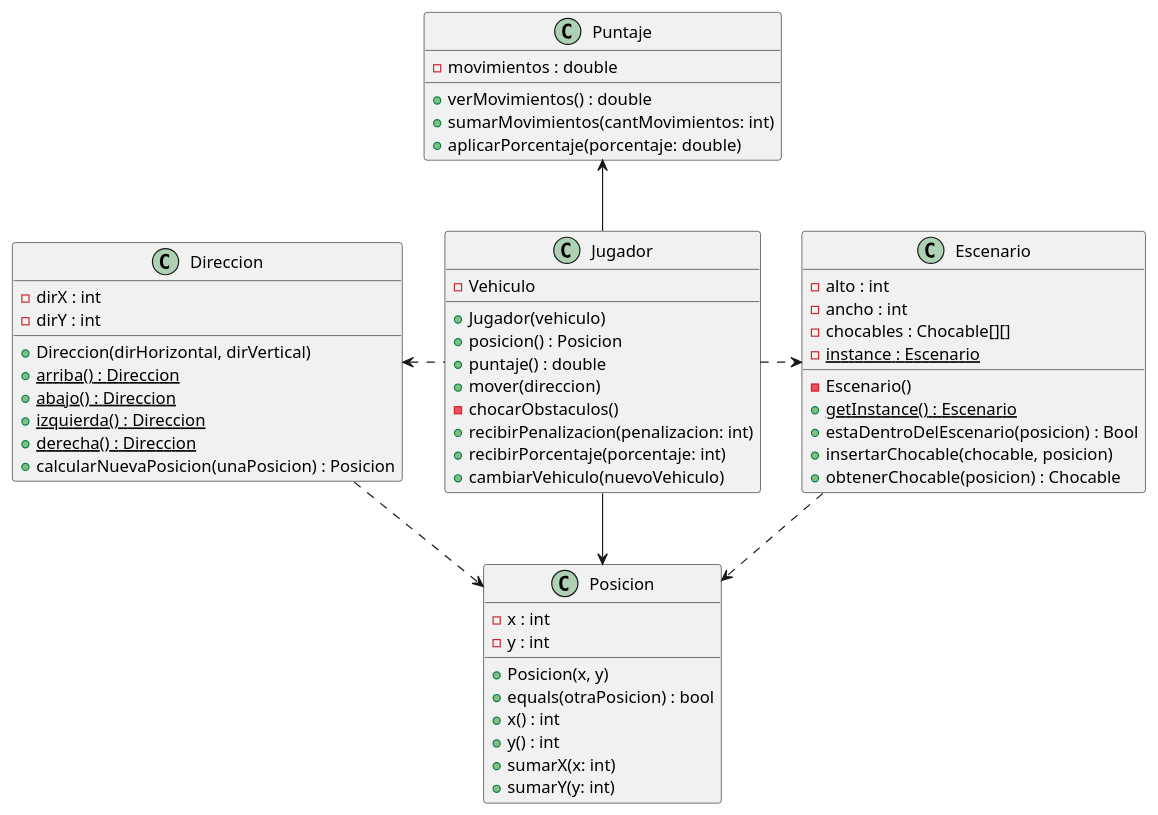
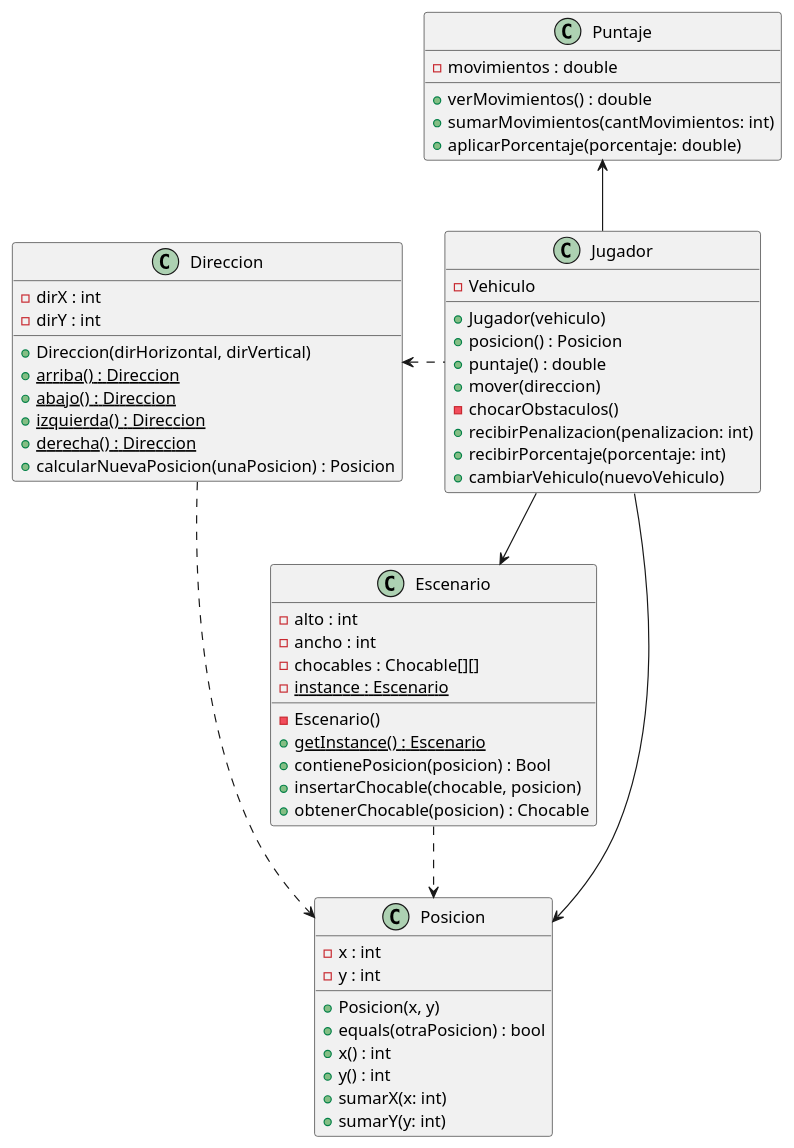
Before and after one commit to NestorPala/T17-GPSChallenge: the diagram in diagrams/classes/diagrama_general.puml, drawn with PlantUML. The commit also changed 3 other files, not shown here.

Commit message:
cambio relacion Jugador Escenario de dependencia a asociacion

```diff
--- a/diagrams/classes/diagrama_general.puml
+++ b/diagrams/classes/diagrama_general.puml
@@ -1,69 +1,68 @@
 @startuml
 
 class Jugador {
     - Vehiculo
     + Jugador(vehiculo)
     + posicion() : Posicion
     + puntaje() : double
     + mover(direccion)
     - chocarObstaculos()
     + recibirPenalizacion(penalizacion: int)
     + recibirPorcentaje(porcentaje: int)
     + cambiarVehiculo(nuevoVehiculo)
 }
 
 class Puntaje {
     - movimientos : double
     + verMovimientos() : double
     + sumarMovimientos(cantMovimientos: int)
     + aplicarPorcentaje(porcentaje: double)
 
 }
 
 class Direccion {
     - dirX : int
     - dirY : int
     + Direccion(dirHorizontal, dirVertical)
     + arriba() : Direccion {static}
     + abajo() : Direccion {static}
     + izquierda() : Direccion {static}
     + derecha() : Direccion {static}
     + calcularNuevaPosicion(unaPosicion) : Posicion
 }
 
 class Escenario {
     - alto : int
     - ancho : int
     - chocables : Chocable[][]
     - {static} instance : Escenario
     - Escenario()
     + {static} getInstance() : Escenario
-    + estaDentroDelEscenario(posicion) : Bool
+    + contienePosicion(posicion) : Bool
     + insertarChocable(chocable, posicion)
     + obtenerChocable(posicion) : Chocable
 
 }
 
 class Posicion {
     - x : int
     - y : int
     + Posicion(x, y)
     + equals(otraPosicion) : bool
     + x() : int
     + y() : int
     + sumarX(x: int)
     + sumarY(y: int)
 }
 
+
+Jugador --> Escenario
 Puntaje <-- Jugador
-
 Posicion <-- Jugador
-Jugador .> Escenario
+Direccion <. Jugador
 
 Direccion .> Posicion
-Direccion <. Jugador
-
 Escenario ..> Posicion
 
 
 @enduml
```
